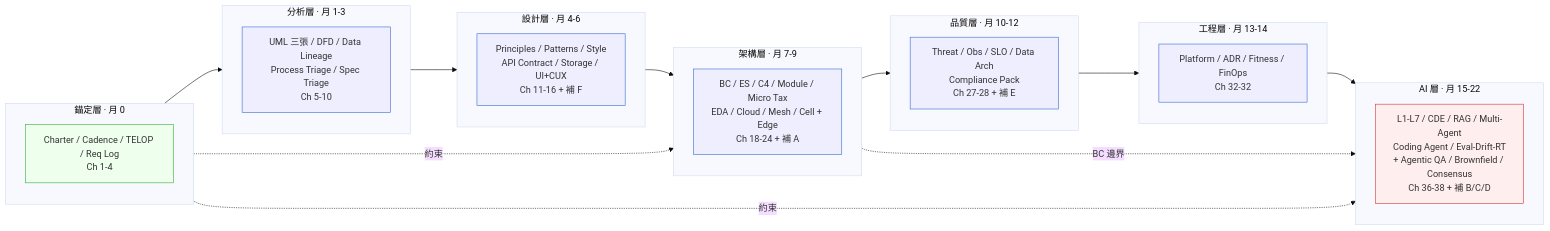
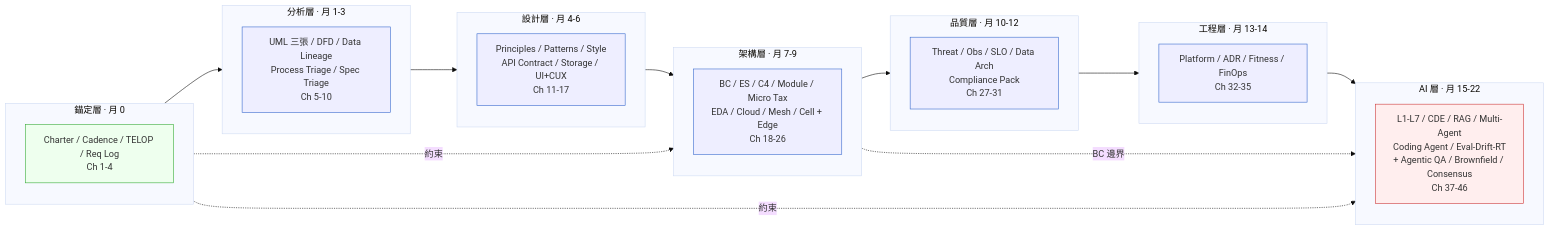
One commit to EddyKuo/sa-sd-playbook changed the second of 3 diagrams in book/part-08-synthesis/ch-48-capstone.md. Above: the diagram before and after it, drawn with Mermaid (base theme). The commit also changed other lines of this file and 53 other files, not shown here.

````diff
--- a/book/part-08-synthesis/ch-48-capstone.md
+++ b/book/part-08-synthesis/ch-48-capstone.md
@@ -354,33 +356,33 @@
 ```mermaid
 flowchart LR
     subgraph Anchor [錨定層 · 月 0]
       Charter["Charter / Cadence / TELOP / Req Log<br/>Ch 1-4"]:::goal
     end
     subgraph Analysis [分析層 · 月 1-3]
       A["UML 三張 / DFD / Data Lineage<br/>Process Triage / Spec Triage<br/>Ch 5-10"]:::cold
     end
     subgraph Design [設計層 · 月 4-6]
-      D["Principles / Patterns / Style<br/>API Contract / Storage / UI+CUX<br/>Ch 11-16 + 補 F"]:::cold
+      D["Principles / Patterns / Style<br/>API Contract / Storage / UI+CUX<br/>Ch 11-17"]:::cold
     end
     subgraph Architecture [架構層 · 月 7-9]
-      AR["BC / ES / C4 / Module / Micro Tax<br/>EDA / Cloud / Mesh / Cell + Edge<br/>Ch 18-24 + 補 A"]:::cold
+      AR["BC / ES / C4 / Module / Micro Tax<br/>EDA / Cloud / Mesh / Cell + Edge<br/>Ch 18-26"]:::cold
     end
     subgraph Quality [品質層 · 月 10-12]
-      Q["Threat / Obs / SLO / Data Arch<br/>Compliance Pack<br/>Ch 27-28 + 補 E"]:::cold
+      Q["Threat / Obs / SLO / Data Arch<br/>Compliance Pack<br/>Ch 27-31"]:::cold
     end
     subgraph Engineering [工程層 · 月 13-14]
-      E["Platform / ADR / Fitness / FinOps<br/>Ch 32-32"]:::cold
+      E["Platform / ADR / Fitness / FinOps<br/>Ch 32-35"]:::cold
     end
     subgraph AI [AI 層 · 月 15-22]
-      AIL["L1-L7 / CDE / RAG / Multi-Agent<br/>Coding Agent / Eval-Drift-RT<br/>+ Agentic QA / Brownfield / Consensus<br/>Ch 36-38 + 補 B/C/D"]:::hot
+      AIL["L1-L7 / CDE / RAG / Multi-Agent<br/>Coding Agent / Eval-Drift-RT<br/>+ Agentic QA / Brownfield / Consensus<br/>Ch 37-46"]:::hot
     end
 
     Anchor --> Analysis --> Design --> Architecture --> Quality --> Engineering --> AI
     Anchor -. 約束 .-> Architecture
     Anchor -. 約束 .-> AI
     Architecture -. BC 邊界 .-> AI
 
     classDef hot fill:#fee,stroke:#c33
     classDef cold fill:#eef,stroke:#36c
     classDef goal fill:#efe,stroke:#3a3
 ```
````
